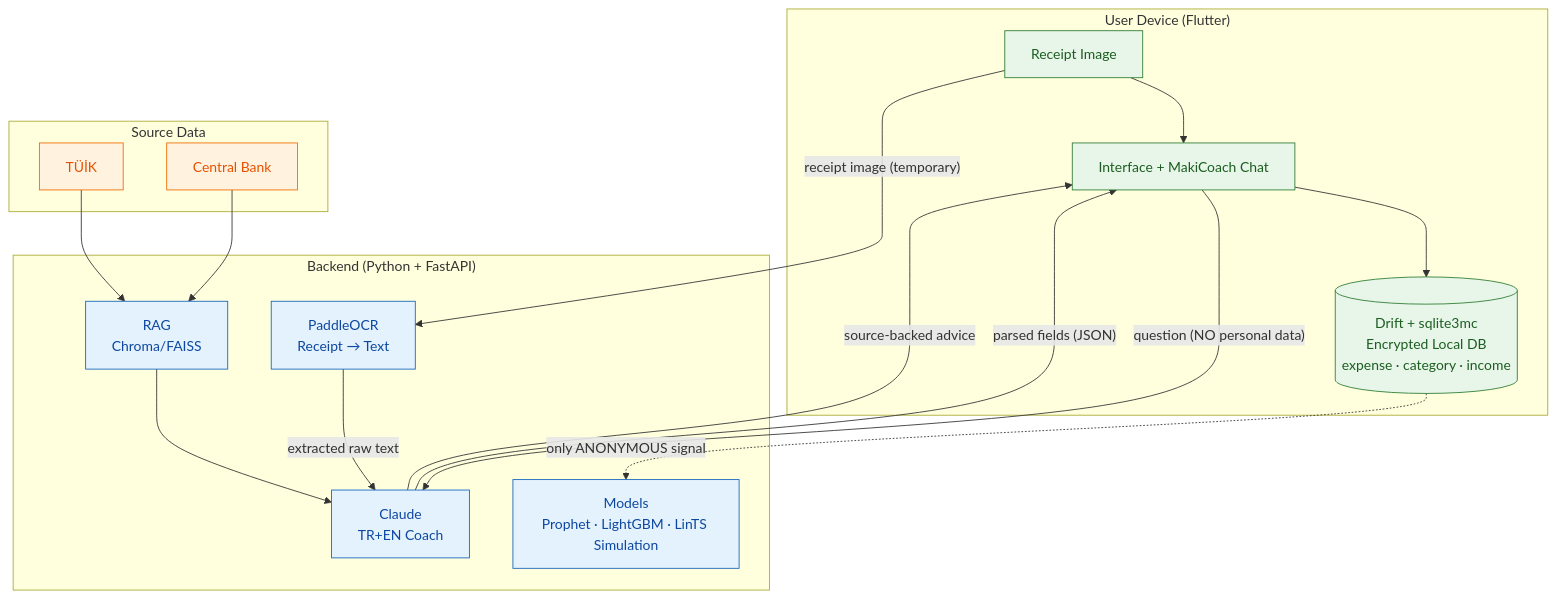
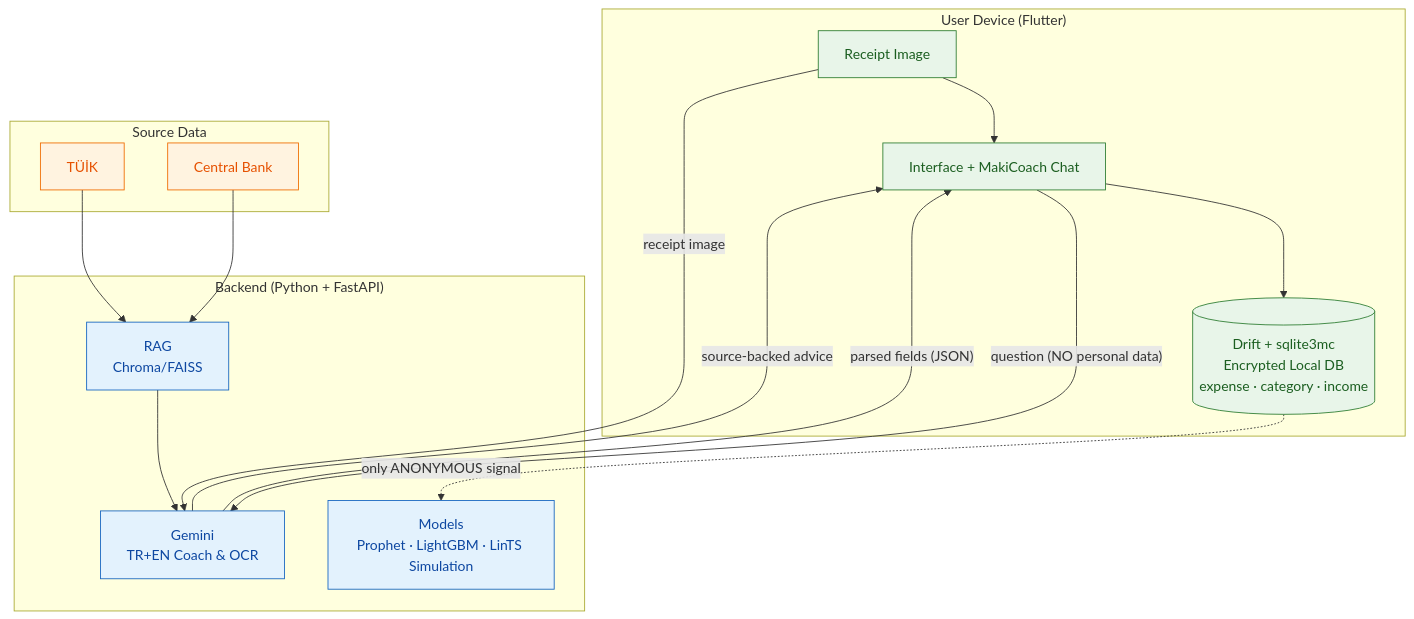
The diagram in README-EN.md (sevncmutlu/bootcamp), drawn with Mermaid before and after one commit. The commit also changed other lines of this file and 5 other files, not shown here.

Commit message:
Replaced Claude and PaddleOCR with Gemini Multimodal across all documentation files

````diff
--- a/README-EN.md
+++ b/README-EN.md
@@ -57,39 +57,37 @@
 ```mermaid
 flowchart TB
     subgraph Cihaz["User Device (Flutter)"]
         UI["Interface + MakiCoach Chat"]
         LDB[("Drift + sqlite3mc<br/>Encrypted Local DB<br/>expense · category · income")]
         OCRD["Receipt Image"]
         UI --> LDB
         OCRD --> UI
     end
 
     subgraph Sunucu["Backend (Python + FastAPI)"]
-        OCR["PaddleOCR<br/>Receipt → Text"]
         RAG["RAG<br/>Chroma/FAISS"]
         ML["Models<br/>Prophet · LightGBM · LinTS Simulation"]
-        LLM["Claude<br/>TR+EN Coach"]
+        LLM["Gemini<br/>TR+EN Coach & OCR"]
     end
 
     subgraph Kaynak["Source Data"]
         TUIK["TÜİK"]
         MB["Central Bank"]
     end
 
     LDB -. "only ANONYMOUS signal" .-> ML
-    OCRD -- "receipt image (temporary)" --> OCR
-    OCR -- "extracted raw text" --> LLM
+    OCRD -- "receipt image" --> LLM
     LLM -- "parsed fields (JSON)" --> UI
     UI -- "question (NO personal data)" --> LLM
     RAG --> LLM
     TUIK --> RAG
     MB --> RAG
     LLM -- "source-backed advice" --> UI
 
     classDef device fill:#e8f5e9,stroke:#2e7d32,color:#1b5e20;
     classDef server fill:#e3f2fd,stroke:#1565c0,color:#0d47a1;
     classDef src fill:#fff3e0,stroke:#ef6c00,color:#e65100;
     class UI,LDB,OCRD device;
-    class OCR,RAG,ML,LLM server;
+    class RAG,ML,LLM server;
     class TUIK,MB src;
 ```
````
